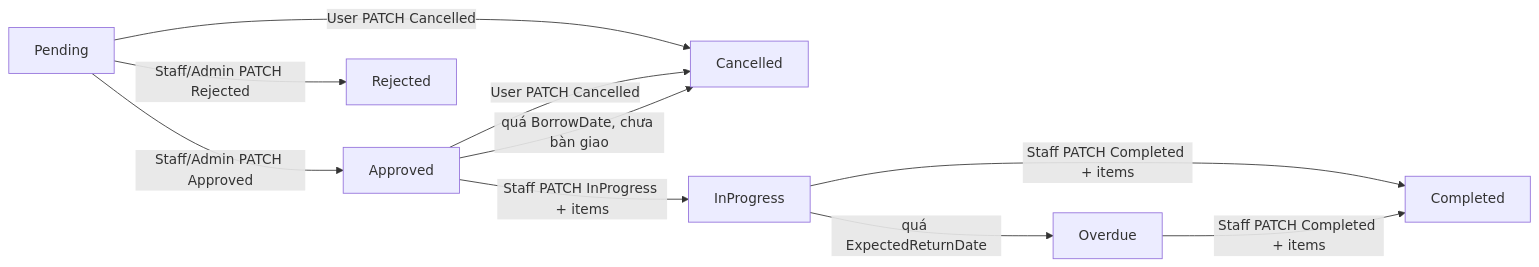
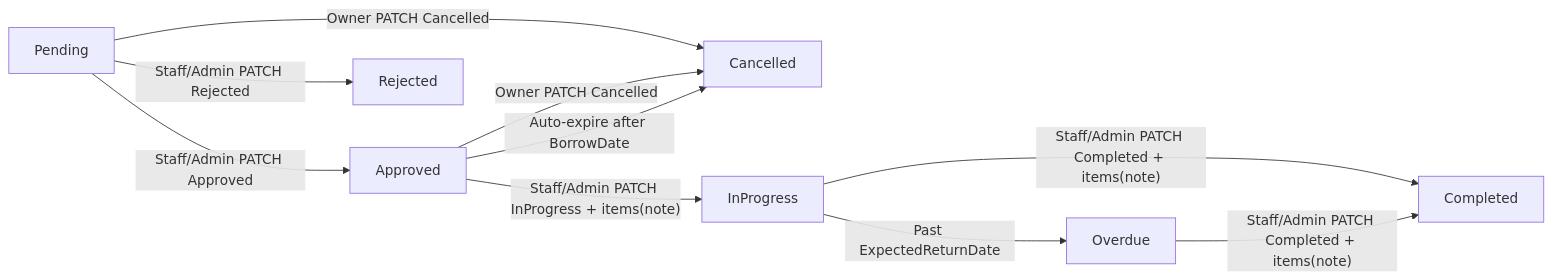
Before and after one commit to lephuonglinga/Equipment-Borrowing-Management-System: the first of 2 diagrams in docs/PROJECT_DOCUMENTATION.md, drawn with Mermaid. The commit also changed other lines of this file and 39 other files, not shown here.

````diff
--- a/docs/PROJECT_DOCUMENTATION.md
+++ b/docs/PROJECT_DOCUMENTATION.md
@@ -93,12 +88,12 @@
 ```mermaid
 flowchart LR
   Pending -->|"Staff/Admin PATCH Approved"| Approved
   Pending -->|"Staff/Admin PATCH Rejected"| Rejected
-  Pending -->|"User PATCH Cancelled"| Cancelled
-  Approved -->|"Staff PATCH InProgress + items"| InProgress
-  Approved -->|"User PATCH Cancelled"| Cancelled
-  Approved -->|"quá BorrowDate, chưa bàn giao"| Cancelled
-  InProgress -->|"quá ExpectedReturnDate"| Overdue
-  InProgress -->|"Staff PATCH Completed + items"| Completed
-  Overdue -->|"Staff PATCH Completed + items"| Completed
+  Pending -->|"Owner PATCH Cancelled"| Cancelled
+  Approved -->|"Staff/Admin PATCH InProgress + items(note)"| InProgress
+  Approved -->|"Owner PATCH Cancelled"| Cancelled
+  Approved -->|"Auto-expire after BorrowDate"| Cancelled
+  InProgress -->|"Past ExpectedReturnDate"| Overdue
+  InProgress -->|"Staff/Admin PATCH Completed + items(note)"| Completed
+  Overdue -->|"Staff/Admin PATCH Completed + items(note)"| Completed
 ```
````
